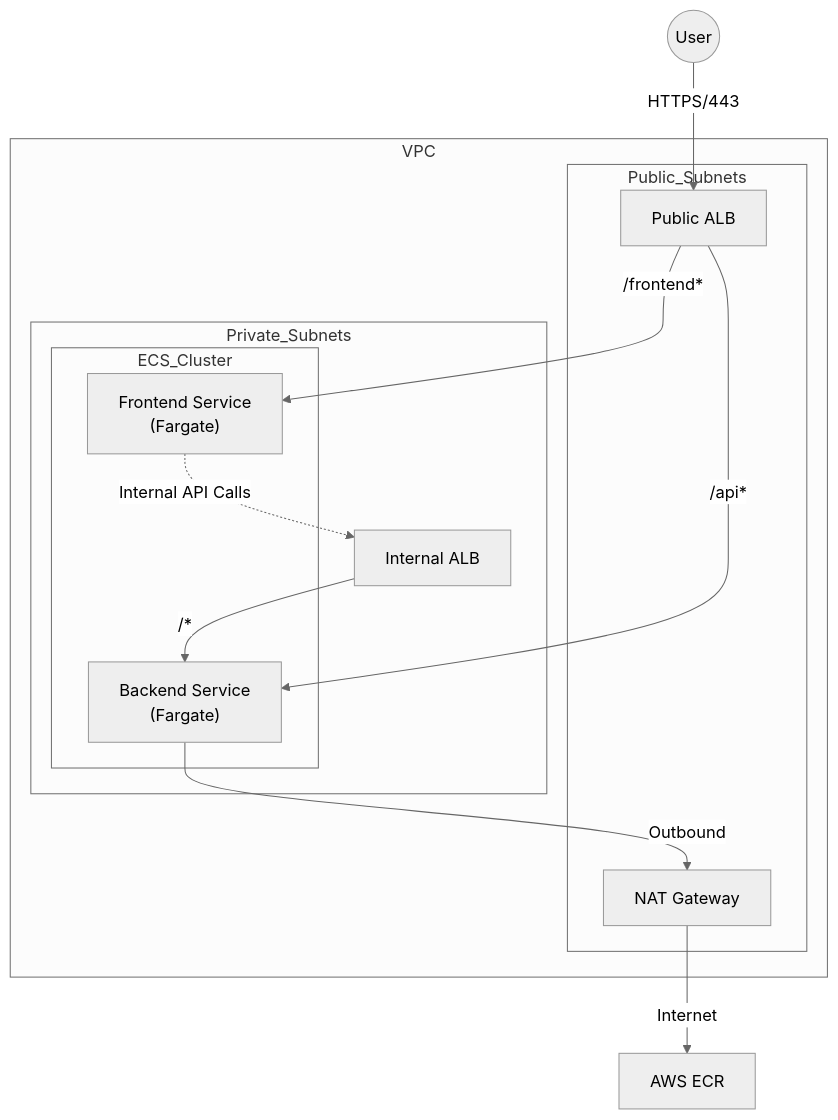
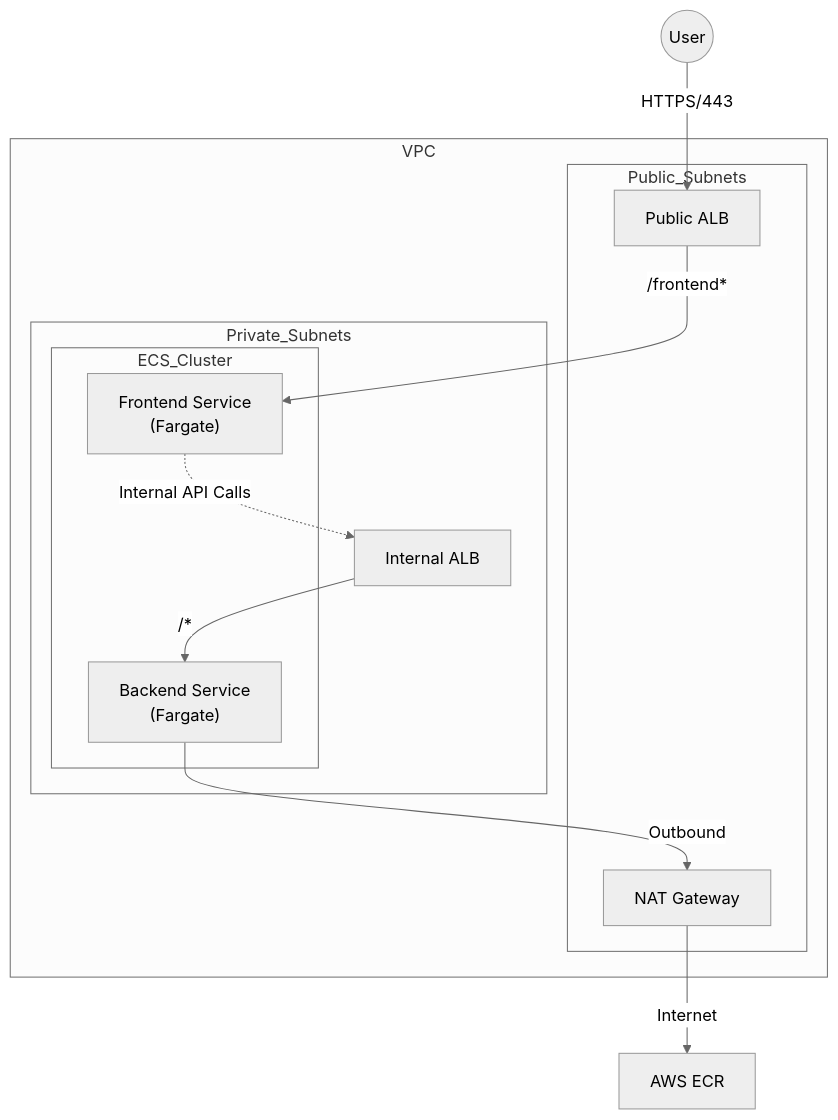
The diagram in README-all.md (CofgCode/terracloud), drawn with Mermaid (neutral theme) before and after one commit. The commit also changed other lines of this file, not shown here.

Commit message:
fixing diagram api internal only

````diff
--- a/README-all.md
+++ b/README-all.md
@@ -95,28 +94,27 @@
 ```mermaid
 graph TD
     User((User)) -->|HTTPS/443| PubALB[Public ALB]
     
     subgraph VPC
         subgraph Public_Subnets
             PubALB
             NatGW[NAT Gateway]
         end
         
         subgraph Private_Subnets
             subgraph ECS_Cluster
                 FE_Service["Frontend Service<br/>(Fargate)"]
                 BE_Service["Backend Service<br/>(Fargate)"]
             end
             IntALB[Internal ALB]
         end
     end
     
     PubALB -->|/frontend*| FE_Service
-    PubALB -->|/api*| BE_Service
     
     FE_Service -.->|Internal API Calls| IntALB
     IntALB -->|/*| BE_Service
     
     BE_Service -->|Outbound| NatGW
     NatGW -->|Internet| ECR[AWS ECR]
 ```
````
